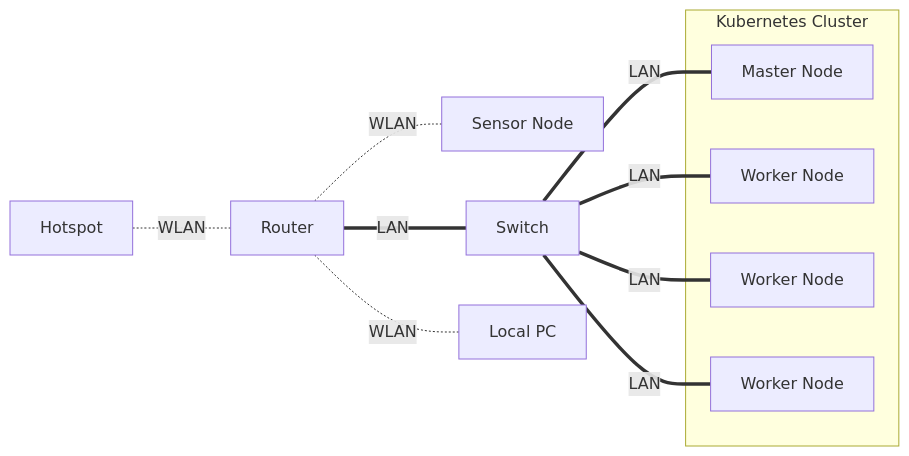
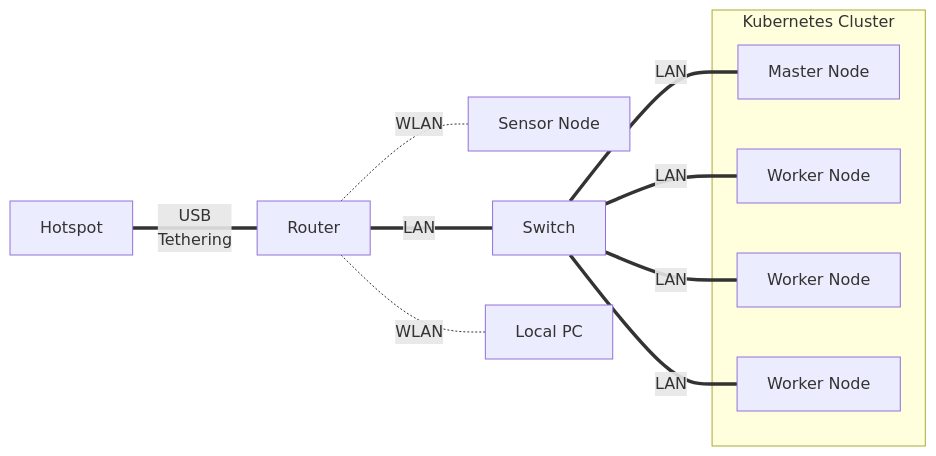
One commit to ccfrauasgr2/pet-detection changed the first of 3 diagrams in docs/Group_2_SS23_ProjectReport.md. Above: the diagram before and after it, drawn with Mermaid. The commit also changed other lines of this file, not shown here.

````diff
--- a/docs/Group_2_SS23_ProjectReport.md
+++ b/docs/Group_2_SS23_ProjectReport.md
@@ -28,25 +35,25 @@
 ```mermaid
 flowchart LR
   hotspot[Hotspot]
   router[Router]
   sensornode[Sensor Node]
   switch[Switch]
 
 
 subgraph cluster[Kubernetes Cluster]
   master[Master Node]
   worker1[Worker Node]
   worker2[Worker Node]
   worker3[Worker Node]
 end  
   
   localpc[Local PC]
 
-  hotspot -. WLAN .- router ==LAN=== switch ==LAN=== master
+  hotspot ==USB\nTethering=== router ==LAN=== switch ==LAN=== master
   switch ==LAN=== worker1
   switch ==LAN=== worker2
   switch ==LAN=== worker3
   router -. WLAN .- localpc & sensornode
 
 
 ```
````
